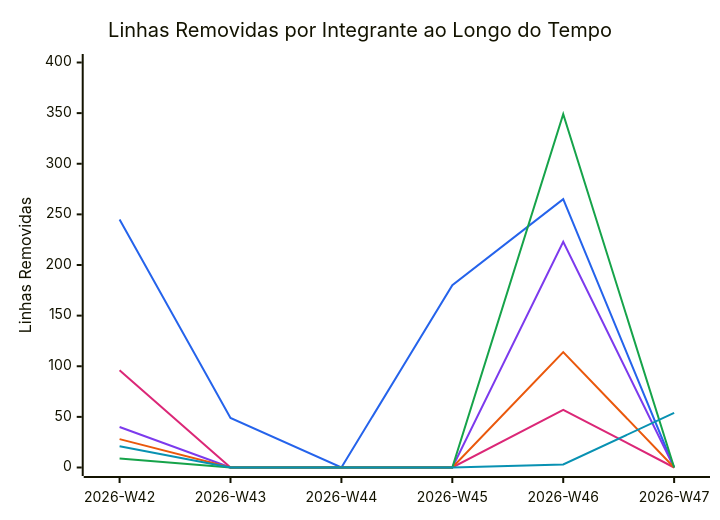
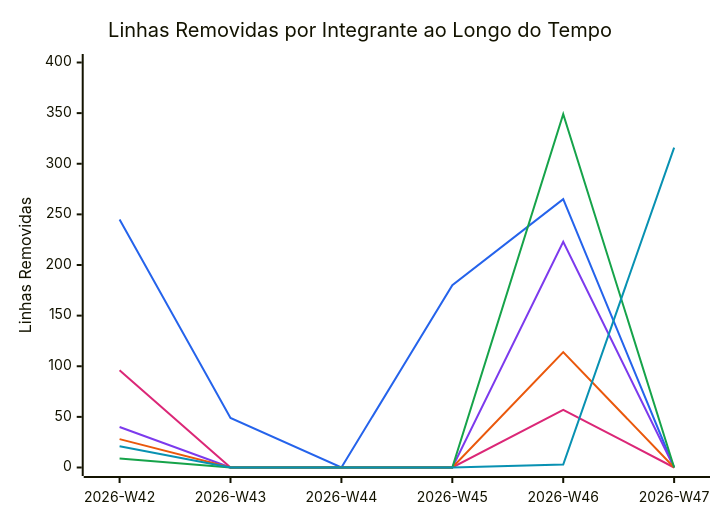
One commit to FCTE-Qualidade-de-Software-1/2026-2_T02_KAY_MCNULTY changed the diagram in snippets/code-deletions.mmd. Above: the diagram before and after it, drawn with Mermaid. The commit also changed 3 other files, not shown here.

```diff
--- a/snippets/code-deletions.mmd
+++ b/snippets/code-deletions.mmd
@@ -1,11 +1,11 @@
 %%{init: {"themeVariables": {"xyChart": {"plotColorPalette": "#2563eb, #7c3aed, #db2777, #ea580c, #16a34a, #0891b2"}}}}%%
 xychart-beta
     title "Linhas Removidas por Integrante ao Longo do Tempo"
     x-axis ["2026-W42", "2026-W43", "2026-W44", "2026-W45", "2026-W46", "2026-W47"]
     y-axis "Linhas Removidas" 0 --> 400
     line [245, 49, 0, 180, 265, 0]
     line [40, 0, 0, 0, 223, 0]
     line [96, 0, 0, 0, 57, 0]
     line [28, 0, 0, 0, 114, 0]
     line [9, 0, 0, 0, 349, 0]
-    line [21, 0, 0, 0, 3, 54]
+    line [21, 0, 0, 0, 3, 316]
```
